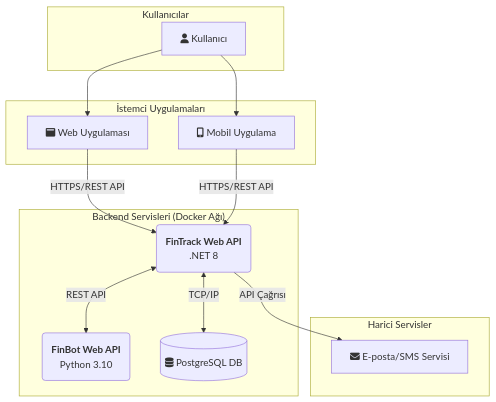
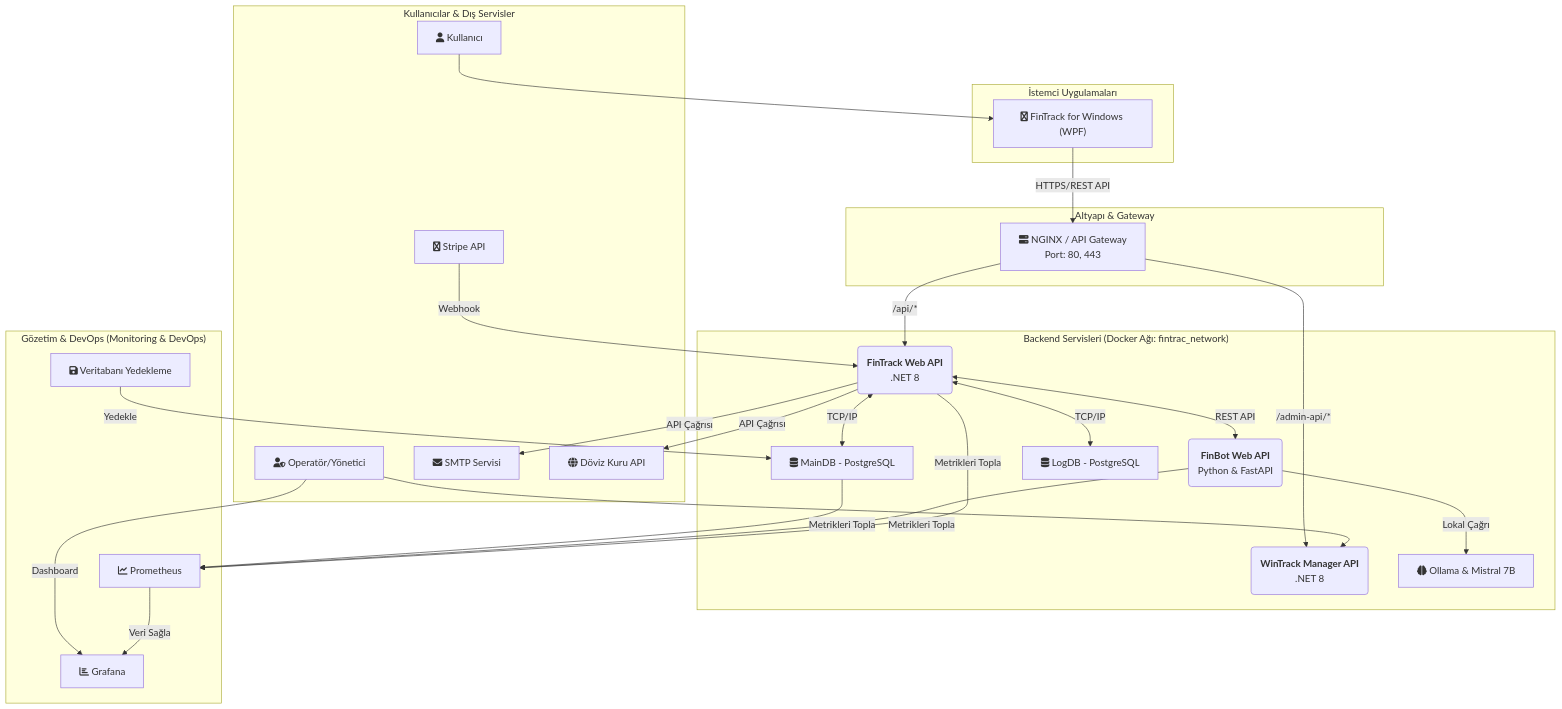
Before and after one commit to EnesEfeTokta/FinTrackWebApi: the first of 4 diagrams in docs/SystemArchitecture.md, drawn with Mermaid. The commit also changed other lines of this file and 32 other files, not shown here.

````diff
--- a/docs/SystemArchitecture.md
+++ b/docs/SystemArchitecture.md
@@ -13,31 +17,59 @@
 ```mermaid
 graph TD
-    subgraph "Kullanıcılar"
-        User[<i class="fa fa-user"></i> Kullanıcı]
+    subgraph "Kullanıcılar & Dış Servisler"
+        User["fa:fa-user Kullanıcı"]
+        Admin["fa:fa-user-shield Operatör/Yönetici"]
+        StripeSvc["fa:fa-stripe Stripe API"]
+        EmailSvc["fa:fa-envelope SMTP Servisi"]
+        CurrencyApi["fa:fa-globe Döviz Kuru API"]
     end
 
     subgraph "İstemci Uygulamaları"
-        Client_Web[<i class="fa fa-window-maximize"></i> Web Uygulaması]
-        Client_Mobile[<i class="fa fa-mobile-alt"></i> Mobil Uygulama]
+        WPF_Client["fa:fa-windows FinTrack for Windows (WPF)"]
     end
 
-    subgraph "Backend Servisleri (Docker Ağı)"
-        API_Main(<b>FinTrack Web API</b><br>.NET 8)
-        API_Bot(<b>FinBot Web API</b><br>Python 3.10)
-        DB[(<i class="fa fa-database"></i> PostgreSQL DB)]
+    subgraph "Altyapı & Gateway"
+        Nginx["fa:fa-server NGINX / API Gateway<br>Port: 80, 443"]
     end
 
-    subgraph "Harici Servisler"
-        EmailSvc[<i class="fa fa-envelope"></i> E-posta/SMS Servisi]
+    subgraph "Backend Servisleri (Docker Ağı: fintrac_network)"
+        API_Main(<b>FinTrack Web API</b><br>.NET 8)
+        API_Admin(<b>WinTrack Manager API</b><br>.NET 8)
+        API_Bot(<b>FinBot Web API</b><br>Python & FastAPI)
+        DB_Main["fa:fa-database MainDB - PostgreSQL"]
+        DB_Log["fa:fa-database LogDB - PostgreSQL"]
+        Ollama["fa:fa-brain Ollama & Mistral 7B"]
+    end
+    
+    subgraph "Gözetim & DevOps (Monitoring & DevOps)"
+        Prometheus["fa:fa-chart-line Prometheus"]
+        Grafana["fa:fa-chart-bar Grafana"]
+        PgBackup["fa:fa-save Veritabanı Yedekleme"]
     end
 
-    User --> Client_Web
-    User --> Client_Mobile
+    User --> WPF_Client
+    Admin --> API_Admin
 
-    Client_Web --> |HTTPS/REST API| API_Main
-    Client_Mobile --> |HTTPS/REST API| API_Main
+    WPF_Client --> |HTTPS/REST API| Nginx
+    
+    Nginx --> |/api/*| API_Main
+    Nginx --> |/admin-api/*| API_Admin
 
     API_Main <--> |REST API| API_Bot
-    API_Main <--> |TCP/IP| DB
+    API_Main <--> |TCP/IP| DB_Main
+    API_Main <--> |TCP/IP| DB_Log
     API_Main --> |API Çağrısı| EmailSvc
+    API_Main --> |API Çağrısı| CurrencyApi
+    API_Bot --> |Lokal Çağrı| Ollama
+
+    StripeSvc --> |Webhook| API_Main
+
+    API_Main -- "Metrikleri Topla" --> Prometheus
+    API_Bot -- "Metrikleri Topla" --> Prometheus
+    DB_Main -- "Metrikleri Topla" --> Prometheus
+    
+    Prometheus --> |Veri Sağla| Grafana
+    Admin --> |Dashboard| Grafana
+    
+    PgBackup --> |Yedekle| DB_Main
 ```
````
